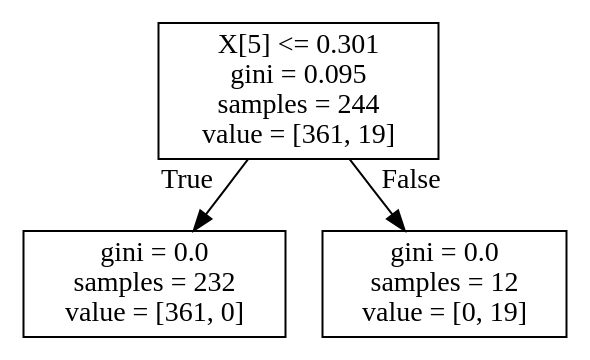
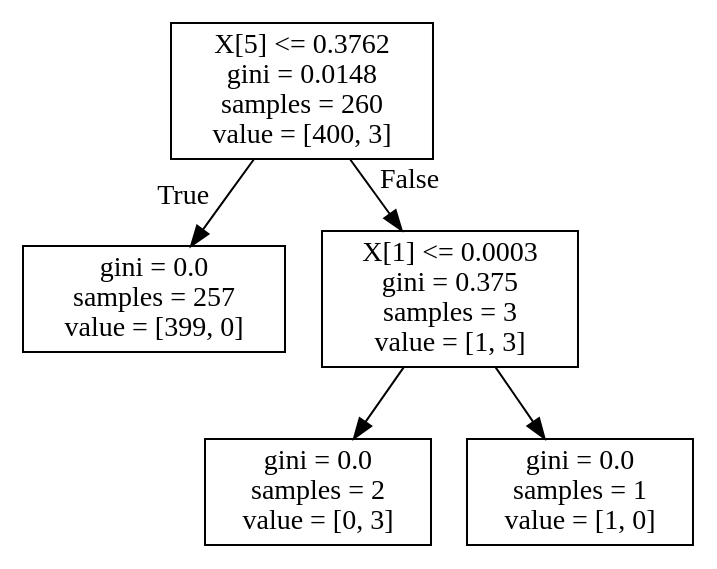
The diagram in 6.dot (imwack/facebook), drawn with Graphviz before and after one commit. The commit also changed 18 other files, not shown here.

```diff
--- a/6.dot
+++ b/6.dot
@@ -1,8 +1,12 @@
 digraph Tree {
 node [shape=box] ;
-0 [label="X[5] <= 0.301\ngini = 0.095\nsamples = 244\nvalue = [361, 19]"] ;
-1 [label="gini = 0.0\nsamples = 232\nvalue = [361, 0]"] ;
+0 [label="X[5] <= 0.3762\ngini = 0.0148\nsamples = 260\nvalue = [400, 3]"] ;
+1 [label="gini = 0.0\nsamples = 257\nvalue = [399, 0]"] ;
 0 -> 1 [labeldistance=2.5, labelangle=45, headlabel="True"] ;
-2 [label="gini = 0.0\nsamples = 12\nvalue = [0, 19]"] ;
+2 [label="X[1] <= 0.0003\ngini = 0.375\nsamples = 3\nvalue = [1, 3]"] ;
 0 -> 2 [labeldistance=2.5, labelangle=-45, headlabel="False"] ;
+3 [label="gini = 0.0\nsamples = 2\nvalue = [0, 3]"] ;
+2 -> 3 ;
+4 [label="gini = 0.0\nsamples = 1\nvalue = [1, 0]"] ;
+2 -> 4 ;
 }
```
